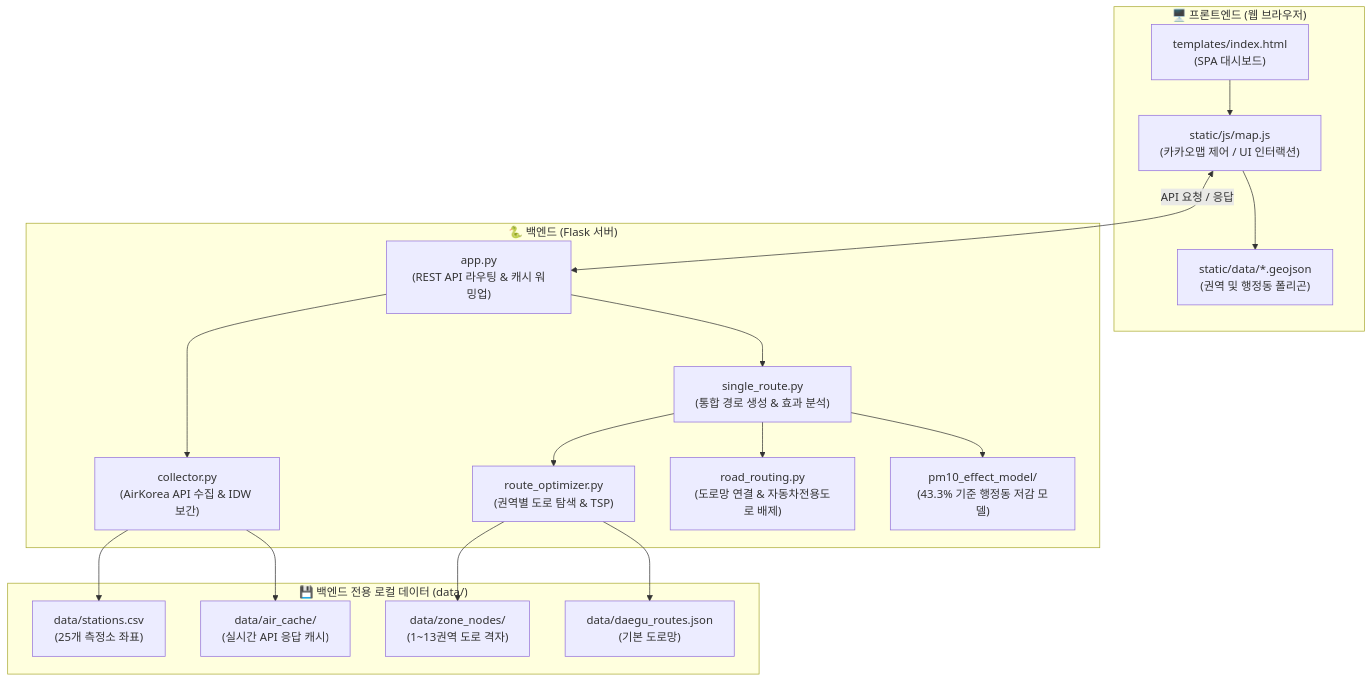
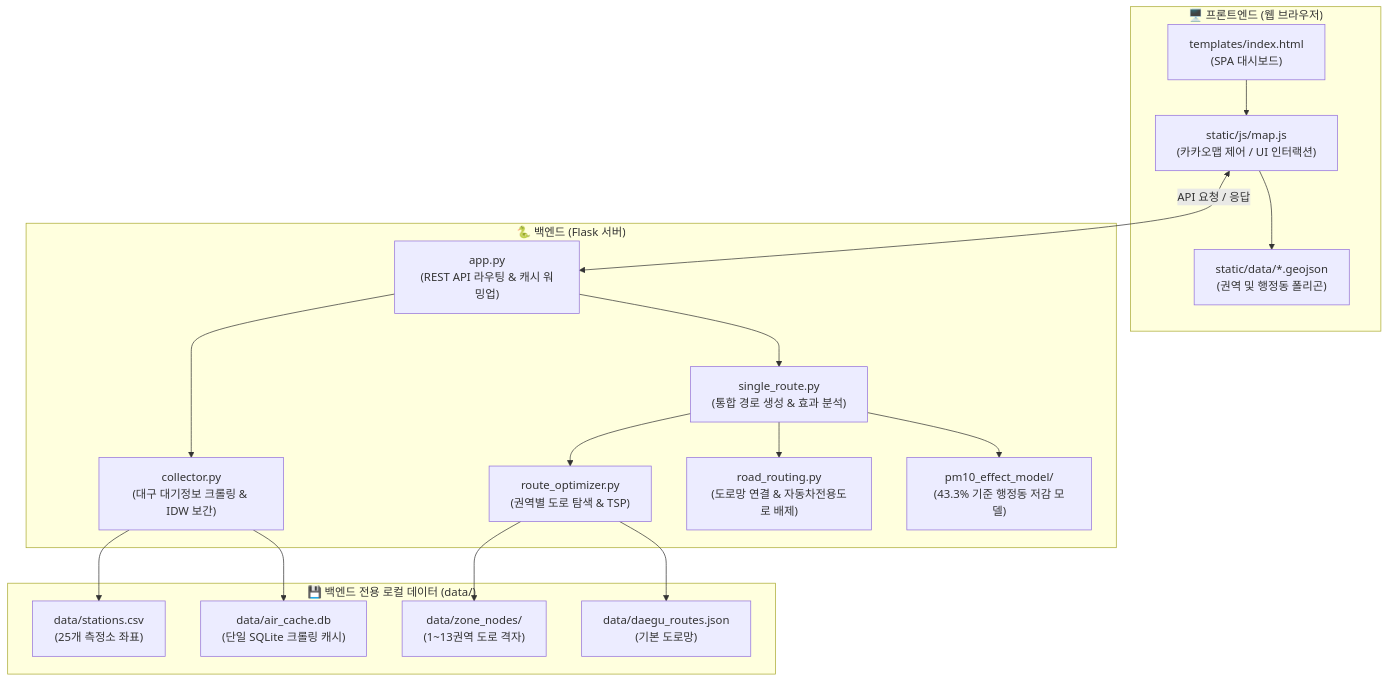
The diagram in README.md (YoonTae98/dust_project), drawn with Mermaid before and after one commit. The commit also changed other lines of this file and 151 other files, not shown here.

Commit message:
json 대신 sqlite 로 크롤링 데이터 관리

````diff
--- a/README.md
+++ b/README.md
@@ -35,39 +35,39 @@
 ```mermaid
 flowchart TD
     subgraph Client ["🖥️ 프론트엔드 (웹 브라우저)"]
         HTML["templates/index.html\n(SPA 대시보드)"]
         MapJS["static/js/map.js\n(카카오맵 제어 / UI 인터랙션)"]
         GeoJSON["static/data/*.geojson\n(권역 및 행정동 폴리곤)"]
         HTML --> MapJS
         MapJS --> GeoJSON
     end
 
     subgraph Server ["🐍 백엔드 (Flask 서버)"]
         App["app.py\n(REST API 라우팅 & 캐시 워밍업)"]
-        Collector["collector.py\n(AirKorea API 수집 & IDW 보간)"]
+        Collector["collector.py\n(대구 대기정보 크롤링 & IDW 보간)"]
         SingleRoute["single_route.py\n(통합 경로 생성 & 효과 분석)"]
         Optimizer["route_optimizer.py\n(권역별 도로 탐색 & TSP)"]
         Routing["road_routing.py\n(도로망 연결 & 자동차전용도로 배제)"]
         Effect["pm10_effect_model/\n(43.3% 기준 행정동 저감 모델)"]
 
         App --> Collector
         App --> SingleRoute
         SingleRoute --> Optimizer
         SingleRoute --> Routing
         SingleRoute --> Effect
     end
 
     subgraph Storage ["💾 백엔드 전용 로컬 데이터 (data/)"]
         Stations["data/stations.csv\n(25개 측정소 좌표)"]
-        AirCache["data/air_cache/\n(실시간 API 응답 캐시)"]
+        AirCache["data/air_cache.db\n(단일 SQLite 크롤링 캐시)"]
         ZoneNodes["data/zone_nodes/\n(1~13권역 도로 격자)"]
         DaeguRoutes["data/daegu_routes.json\n(기본 도로망)"]
 
         Collector --> Stations
         Collector --> AirCache
         Optimizer --> ZoneNodes
         Optimizer --> DaeguRoutes
     end
 
     MapJS <-->|API 요청 / 응답| App
 ```
````
